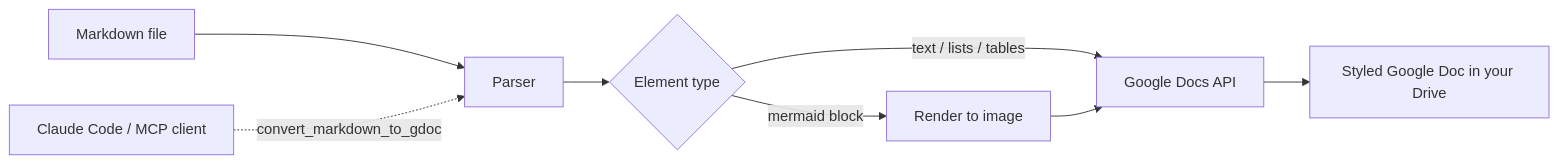
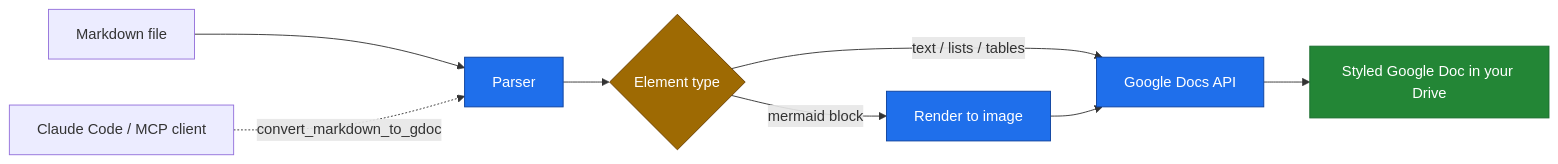
One commit to AlisterBaroi/markdown-to-google-docs-mcp changed the diagram in README.md. Above: the diagram before and after it, drawn with Mermaid. The commit also changed other lines of this file and 5 other files, not shown here.

First line of the commit message:
docs: clean up writing, move security reporting to GitHub, add deployment diagrams

````diff
--- a/README.md
+++ b/README.md
@@ -39,9 +39,16 @@
 ```mermaid
 flowchart LR
     A[Markdown file] --> B[Parser]
     B --> C{Element type}
     C -->|text / lists / tables| D[Google Docs API]
     C -->|mermaid block| E[Render to image] --> D
     D --> F[Styled Google Doc in your Drive]
     G[Claude Code / MCP client] -.->|convert_markdown_to_gdoc| B
+
+    classDef core fill:#1f6feb,color:#fff,stroke:#0d419d
+    classDef gate fill:#9e6a03,color:#fff,stroke:#693e00
+    classDef output fill:#238636,color:#fff,stroke:#196c2e
+    class B,D,E core
+    class C gate
+    class F output
 ```
````
